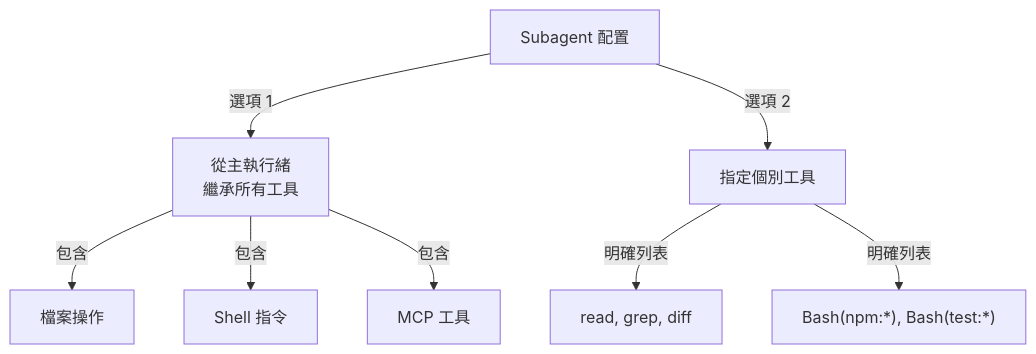
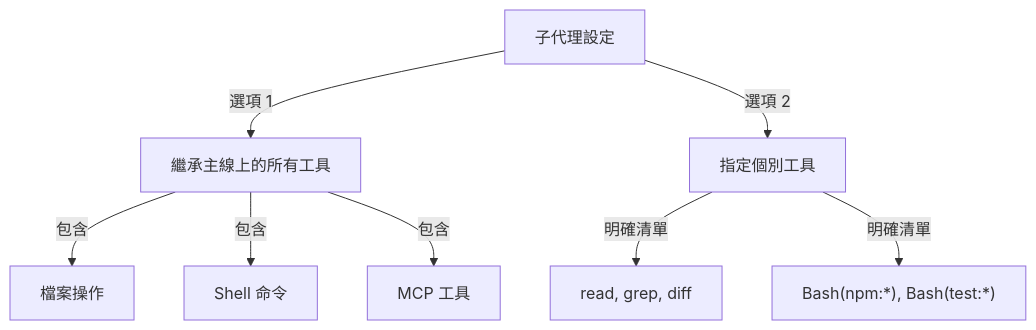
The sixth of 22 diagrams in claude_concepts_guide.md (huckly/claude-howto-zh-tw), drawn with Mermaid before and after one commit. The commit also changed other lines of this file and 6 other files, not shown here.

````diff
--- a/claude_concepts_guide.md
+++ b/claude_concepts_guide.md
@@ -271,10 +260,10 @@
 ```mermaid
 graph TD
-    A["Subagent 配置"] -->|選項 1| B["從主執行緒<br/>繼承所有工具"]
+    A["子代理設定"] -->|選項 1| B["繼承主線上的所有工具"]
     A -->|選項 2| C["指定個別工具"]
     B -->|包含| B1["檔案操作"]
-    B -->|包含| B2["Shell 指令"]
+    B -->|包含| B2["Shell 命令"]
     B -->|包含| B3["MCP 工具"]
-    C -->|明確列表| C1["read, grep, diff"]
-    C -->|明確列表| C2["Bash(npm:*), Bash(test:*)"]
+    C -->|明確清單| C1["read, grep, diff"]
+    C -->|明確清單| C2["Bash(npm:*), Bash(test:*)"]
 ```
````
